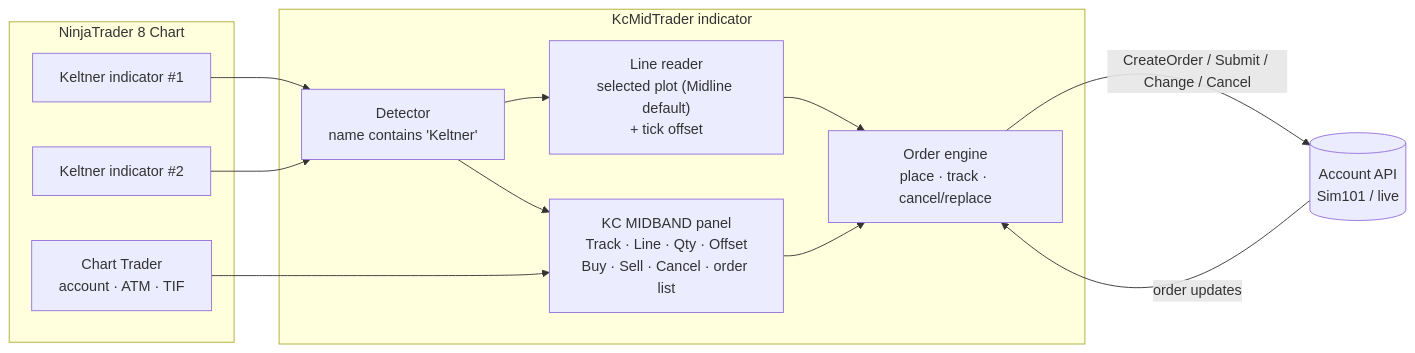
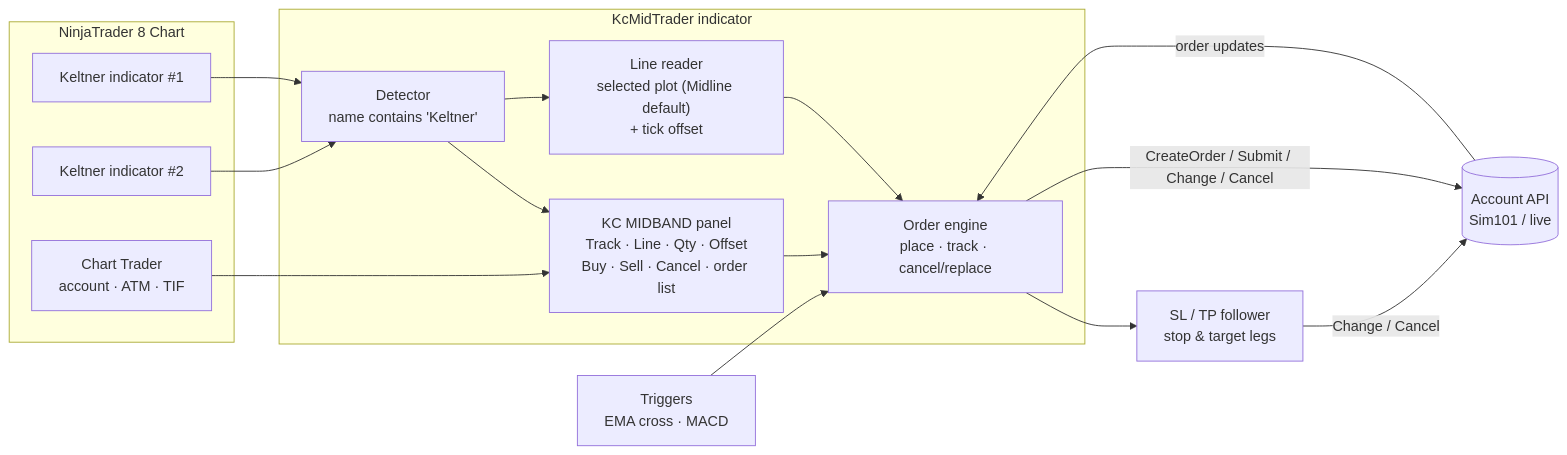
Before and after one commit to issaiass/KC-MidTrader-NinjaTrader: the diagram in README.md, drawn with Mermaid. The commit also changed other lines of this file and 8 other files, not shown here.

````diff
--- a/README.md
+++ b/README.md
@@ -67,24 +69,29 @@
 ```mermaid
 flowchart LR
     subgraph CHART["NinjaTrader 8 Chart"]
         KC1["Keltner indicator #1"]
         KC2["Keltner indicator #2"]
         CT["Chart Trader<br/>account · ATM · TIF"]
     end
     subgraph KCM["KcMidTrader indicator"]
         DET["Detector<br/>name contains 'Keltner'"]
         MID["Line reader<br/>selected plot (Midline default)<br/>+ tick offset"]
         UI["KC MIDBAND panel<br/>Track · Line · Qty · Offset<br/>Buy · Sell · Cancel · order list"]
         ENG["Order engine<br/>place · track · cancel/replace"]
     end
+    TRG["Triggers<br/>EMA cross · MACD"]
+    LEG["SL / TP follower<br/>stop & target legs"]
     ACC[("Account API<br/>Sim101 / live")]
     KC1 --> DET
     KC2 --> DET
     DET --> UI
     DET --> MID
     MID --> ENG
     CT --> UI
+    TRG --> ENG
+    ENG --> LEG
+    LEG -- "Change / Cancel" --> ACC
     UI --> ENG
     ENG -- "CreateOrder / Submit / Change / Cancel" --> ACC
     ACC -- "order updates" --> ENG
 ```
````
